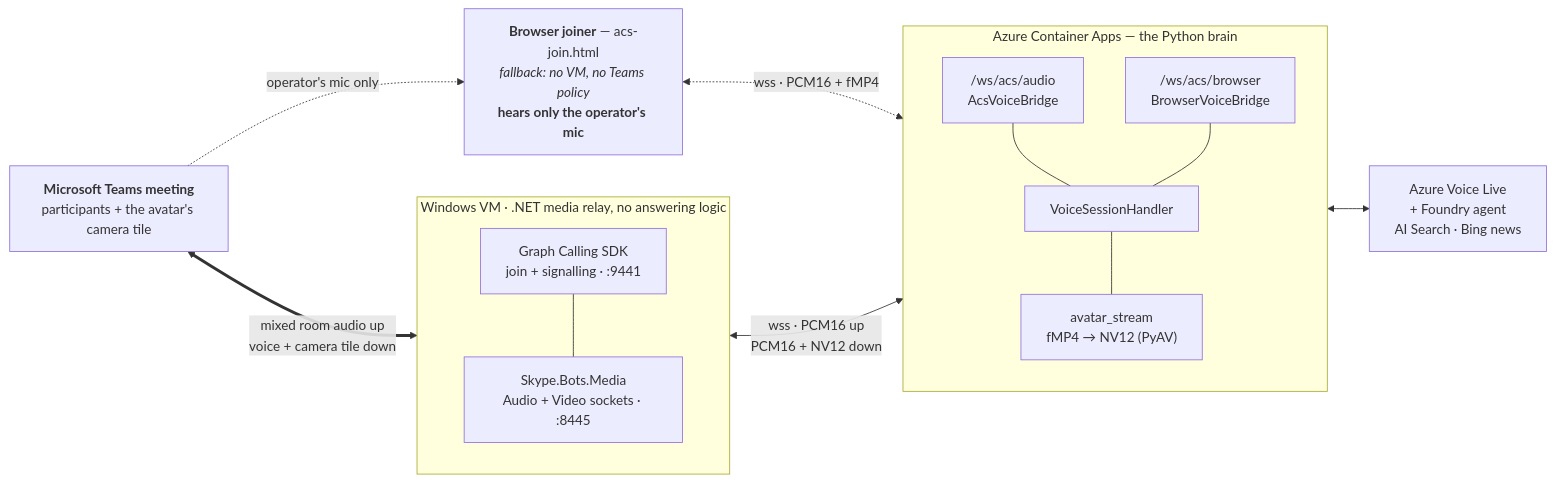
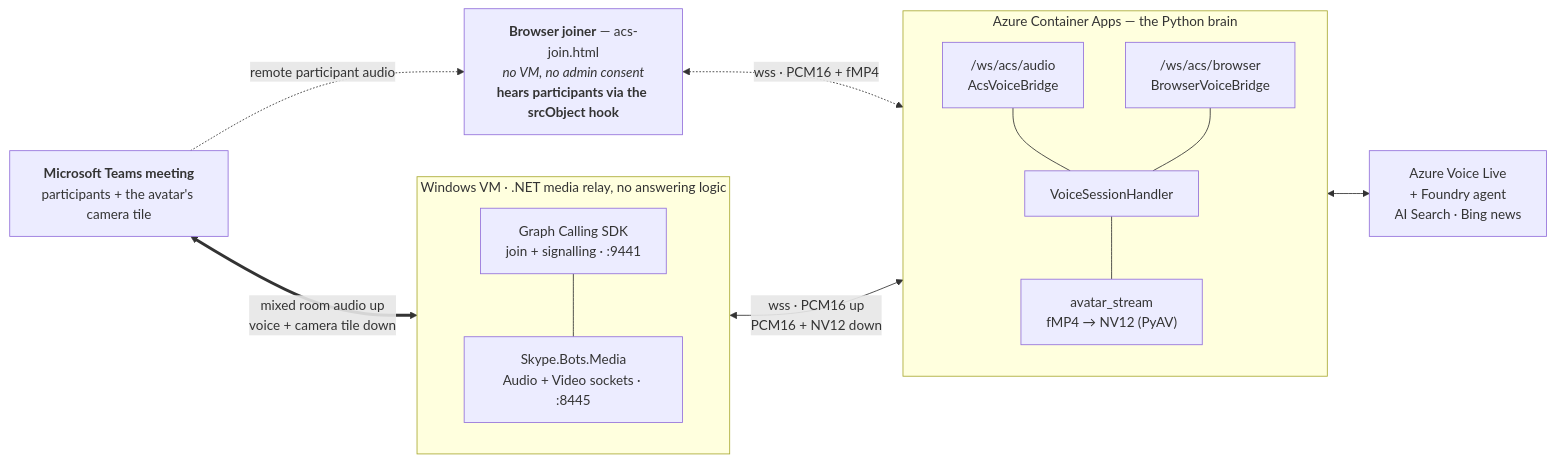
Before and after one commit to SridharArrabelly/avatar-forge: the diagram in docs/channels/c-in-call-media-bot.md, drawn with Mermaid. The commit also changed other lines of this file and 3 other files, not shown here.

First line of the commit message:
docs: the browser joiner hears the room -- verified in a real meeting

````diff
--- a/docs/channels/c-in-call-media-bot.md
+++ b/docs/channels/c-in-call-media-bot.md
@@ -32,32 +32,32 @@
 ```mermaid
 flowchart LR
     MT["<b>Microsoft Teams meeting</b><br/>participants + the avatar's camera tile"]
 
     subgraph VM["Windows VM · .NET media relay, no answering logic"]
         direction TB
         SIG["Graph Calling SDK<br/>join + signalling · :9441"]
         MED["Skype.Bots.Media<br/>Audio + Video sockets · :8445"]
         SIG --- MED
     end
 
     subgraph ACA["Azure Container Apps — the Python brain"]
         direction TB
         WSA["/ws/acs/audio<br/>AcsVoiceBridge"]
         WSB["/ws/acs/browser<br/>BrowserVoiceBridge"]
         VH["VoiceSessionHandler"]
         DEC["avatar_stream<br/>fMP4 → NV12 (PyAV)"]
         WSA --- VH
         WSB --- VH
         VH --- DEC
     end
 
     CORE["Azure Voice Live<br/>+ Foundry agent<br/>AI Search · Bing news"]
 
     MT <== "mixed room audio up<br/>voice + camera tile down" ==> MED
     MED <-- "wss · PCM16 up<br/>PCM16 + NV12 down" --> WSA
     VH <--> CORE
 
-    BRJ["<b>Browser joiner</b> — acs-join.html<br/><i>fallback: no VM, no Teams policy</i><br/><b>hears only the operator's mic</b>"]
-    MT -. "operator's mic only" .-> BRJ
+    BRJ["<b>Browser joiner</b> — acs-join.html<br/><i>no VM, no admin consent</i><br/><b>hears participants via the srcObject hook</b>"]
+    MT -. "remote participant audio" .-> BRJ
     BRJ <-. "wss · PCM16 + fMP4" .-> WSB
 ```
````
